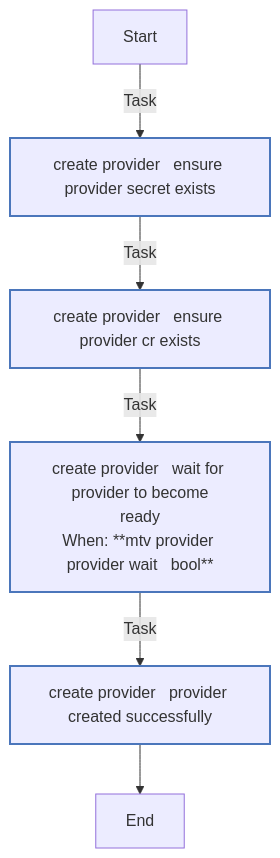
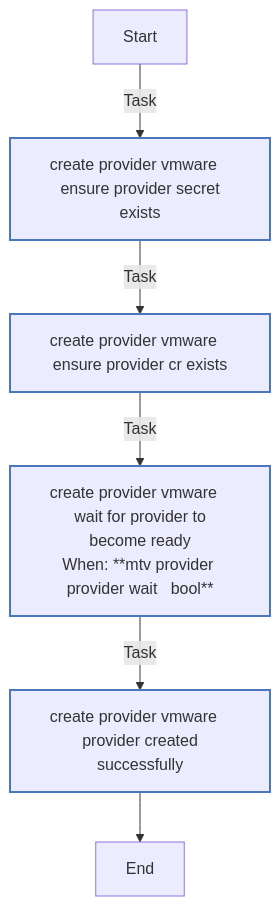
The second of 5 diagrams in roles/mtv_provider/README.md (redhat-cop/openshift_virtualization_migration), drawn with Mermaid before and after one commit. The commit also changed other lines of this file and 15 other files, not shown here.

First line of the commit message:
feat(mtv_provider): add host OpenShift provider, VMCA root CA cert, template refactor

````diff
--- a/roles/mtv_provider/README.md
+++ b/roles/mtv_provider/README.md
@@ -235,18 +306,18 @@
 ```mermaid
 flowchart TD
 Start
 classDef block stroke:#3498db,stroke-width:2px;
 classDef task stroke:#4b76bb,stroke-width:2px;
 classDef includeTasks stroke:#16a085,stroke-width:2px;
 classDef importTasks stroke:#34495e,stroke-width:2px;
 classDef includeRole stroke:#2980b9,stroke-width:2px;
 classDef importRole stroke:#699ba7,stroke-width:2px;
 classDef includeVars stroke:#8e44ad,stroke-width:2px;
 classDef rescue stroke:#665352,stroke-width:2px;
 
-  Start-->|Task| create_provider___Ensure_provider_secret_exists0[create provider   ensure provider secret exists]:::task
-  create_provider___Ensure_provider_secret_exists0-->|Task| create_provider___Ensure_provider_CR_exists1[create provider   ensure provider cr exists]:::task
-  create_provider___Ensure_provider_CR_exists1-->|Task| create_provider___Wait_for_provider_to_become_Ready2[create provider   wait for provider to become<br>ready<br>When: **mtv provider provider wait   bool**]:::task
-  create_provider___Wait_for_provider_to_become_Ready2-->|Task| create_provider___Provider_created_successfully3[create provider   provider created successfully]:::task
-  create_provider___Provider_created_successfully3-->End
+  Start-->|Task| create_provider_vmware___Ensure_provider_secret_exists0[create provider vmware   ensure provider secret<br>exists]:::task
+  create_provider_vmware___Ensure_provider_secret_exists0-->|Task| create_provider_vmware___Ensure_provider_CR_exists1[create provider vmware   ensure provider cr exists]:::task
+  create_provider_vmware___Ensure_provider_CR_exists1-->|Task| create_provider_vmware___Wait_for_provider_to_become_Ready2[create provider vmware   wait for provider to<br>become ready<br>When: **mtv provider provider wait   bool**]:::task
+  create_provider_vmware___Wait_for_provider_to_become_Ready2-->|Task| create_provider_vmware___Provider_created_successfully3[create provider vmware   provider created<br>successfully]:::task
+  create_provider_vmware___Provider_created_successfully3-->End
 ```
````
